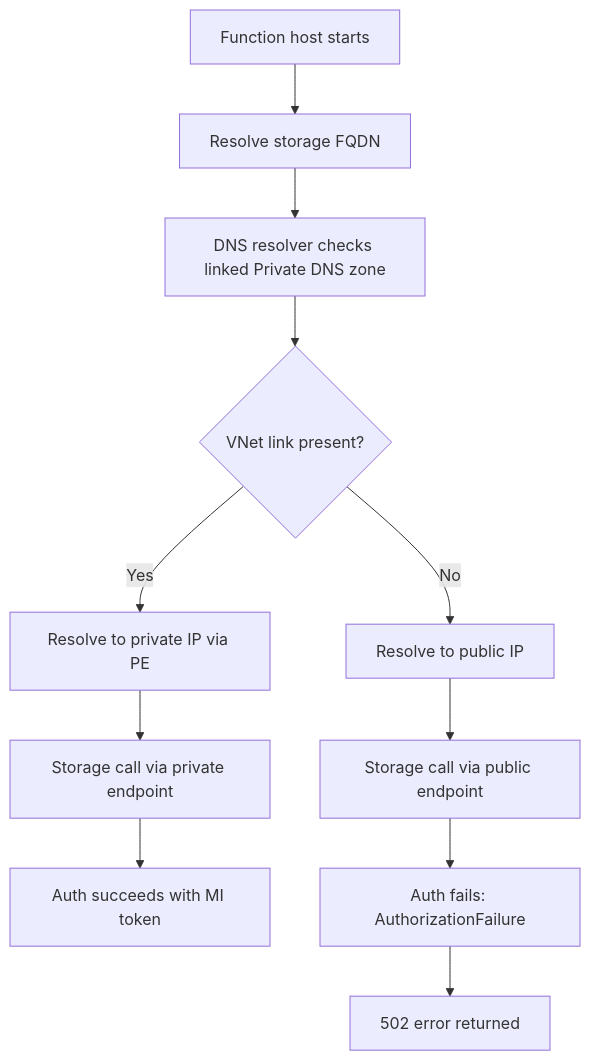
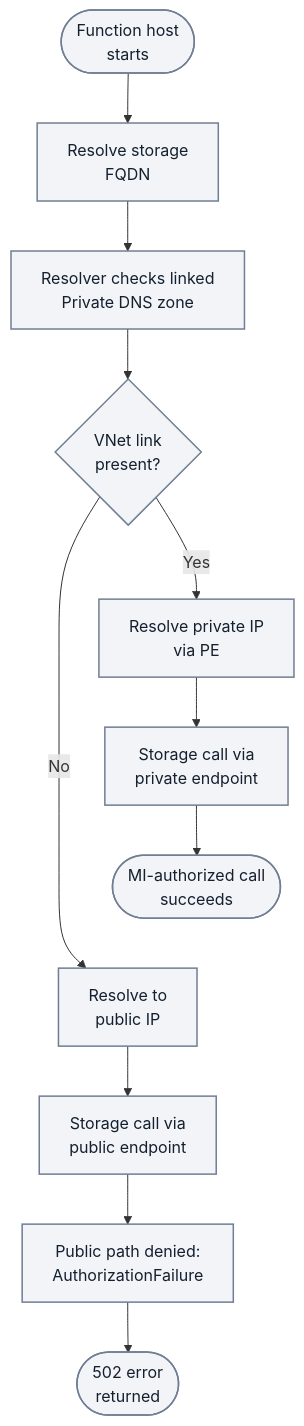
Before and after one commit to yeongseon/azure-functions-practical-guide: the first of 5 diagrams in docs/troubleshooting/lab-guides/dns-vnet-resolution.md, drawn with Mermaid. The commit also changed other lines of this file and 1 other file, not shown here.

First line of the commit message:
docs(diagrams): migrate Functions lab storage network auth — dns vnet resolution (#450)

````diff
--- a/docs/troubleshooting/lab-guides/dns-vnet-resolution.md
+++ b/docs/troubleshooting/lab-guides/dns-vnet-resolution.md
@@ -126,14 +132,19 @@
 ```mermaid
 flowchart TD
-    A[Function host starts] --> B[Resolve storage FQDN]
-    B --> C[DNS resolver checks linked Private DNS zone]
-    C --> D{VNet link present?}
-    D -->|Yes| E[Resolve to private IP via PE]
-    E --> F[Storage call via private endpoint]
-    F --> G[Auth succeeds with MI token]
-
-    D -->|No| H[Resolve to public IP]
-    H --> I[Storage call via public endpoint]
-    I --> J[Auth fails: AuthorizationFailure]
-    J --> K[502 error returned]
+    accTitle: FC1 lab private endpoint DNS decision
+    accDescr: Illustrative lab model. A linked zone selects the private path with configured managed-identity access; without the link, public resolution leads to the denied public path and a probe 502. These outcomes assume this lab's DNS and access configuration.
+    A(["Function host<br/>starts"]) --> B["Resolve storage<br/>FQDN"]
+    B --> C["Resolver checks linked<br/>Private DNS zone"]
+    C --> D{"VNet link<br/>present?"}
+    D -->|Yes| E["Resolve private IP<br/>via PE"]
+    E --> F["Storage call via<br/>private endpoint"]
+    F --> G(["MI-authorized call<br/>succeeds"])
+    D -->|No| H["Resolve to<br/>public IP"]
+    H --> I["Storage call via<br/>public endpoint"]
+    I --> J["Public path denied:<br/>AuthorizationFailure"]
+    J --> K(["502 error<br/>returned"])
+    %% Layout-only link tiers alternatives; adds no diagnostic step or arrow.
+    G ~~~ H
+    classDef neutral fill:#f2f4f8,stroke:#707e93,stroke-width:1.5px,color:#14202e;
+    class A,B,C,D,E,F,G,H,I,J,K neutral;
 ```
````
